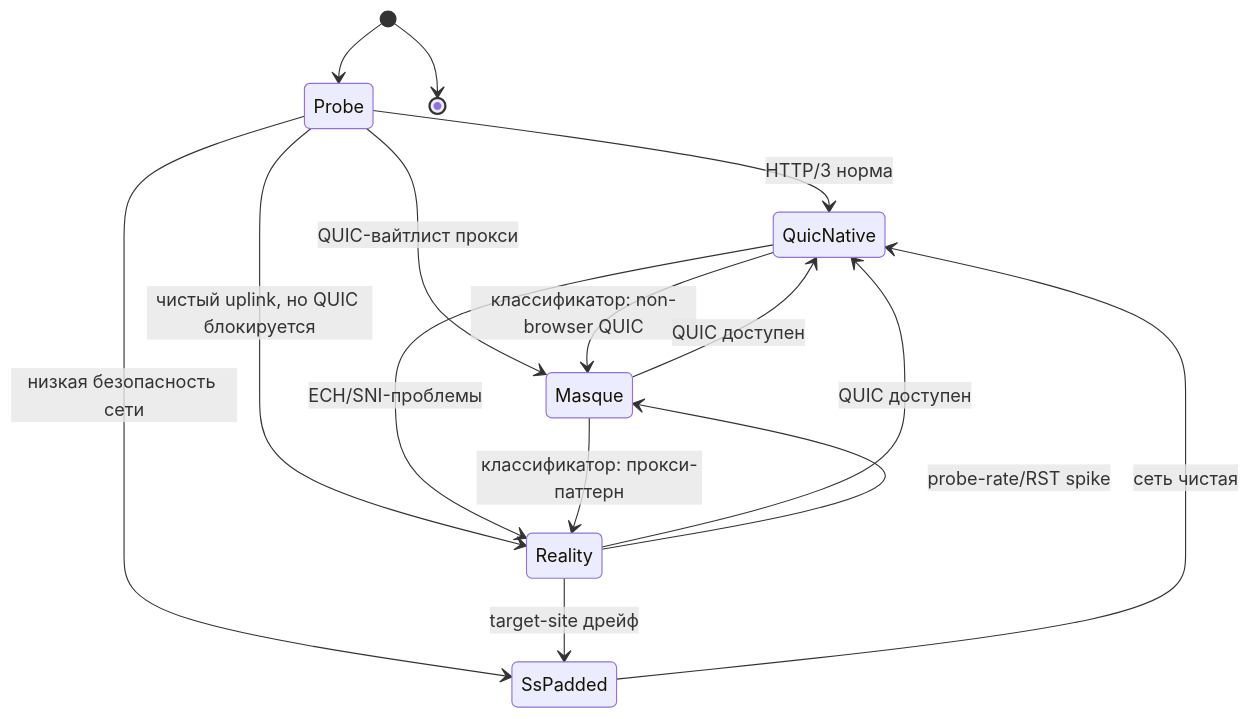
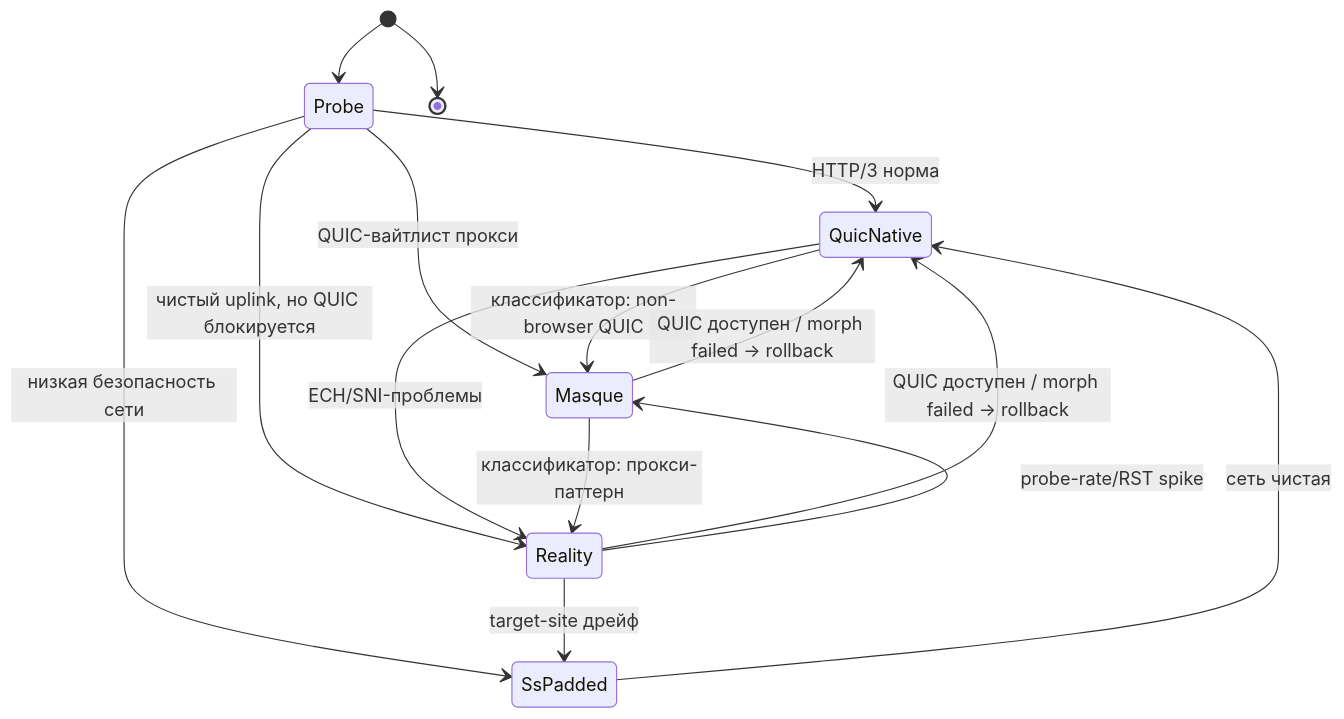
Before and after one commit to ThunderIsMad/aether-vpn-engine: the diagram in design/02-protocols.md, drawn with Mermaid. The commit also changed other lines of this file and 6 other files, not shown here.

````diff
--- a/design/02-protocols.md
+++ b/design/02-protocols.md
@@ -88,17 +245,17 @@
 ```mermaid
 stateDiagram-v2
   [*] --> Probe
   Probe --> QuicNative: HTTP/3 норма
   Probe --> Masque: QUIC-вайтлист прокси
   Probe --> Reality: чистый uplink, но QUIC блокируется
   Probe --> SsPadded: низкая безопасность сети
   QuicNative --> Masque: классификатор: non-browser QUIC
   QuicNative --> Reality: ECH/SNI-проблемы
   Masque --> Reality: классификатор: прокси-паттерн
-  Masque --> QuicNative: QUIC доступен
-  Reality --> QuicNative: QUIC доступен
+  Masque --> QuicNative: QUIC доступен / morph failed → rollback
+  Reality --> QuicNative: QUIC доступен / morph failed → rollback
   Reality --> Masque: probe-rate/RST spike
   Reality --> SsPadded: target-site дрейф
   SsPadded --> QuicNative: сеть чистая
   [*] --> [*]
 ```
````
